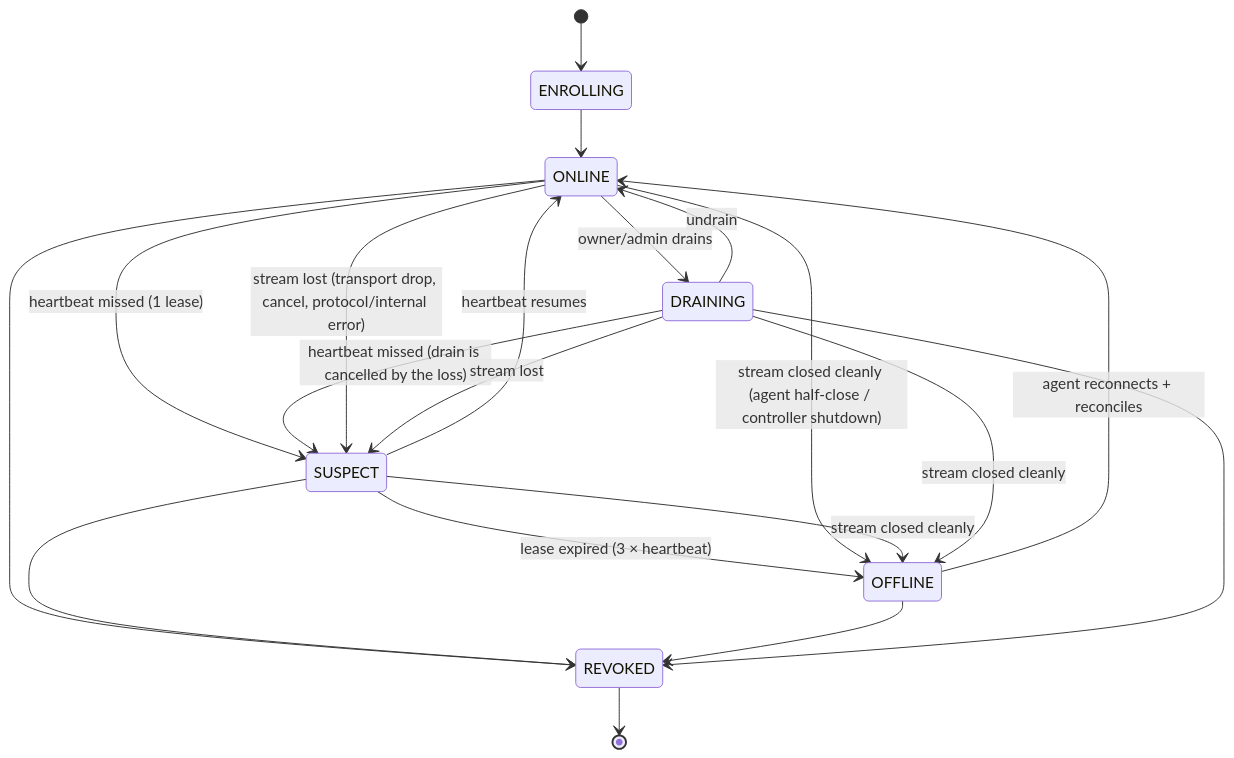
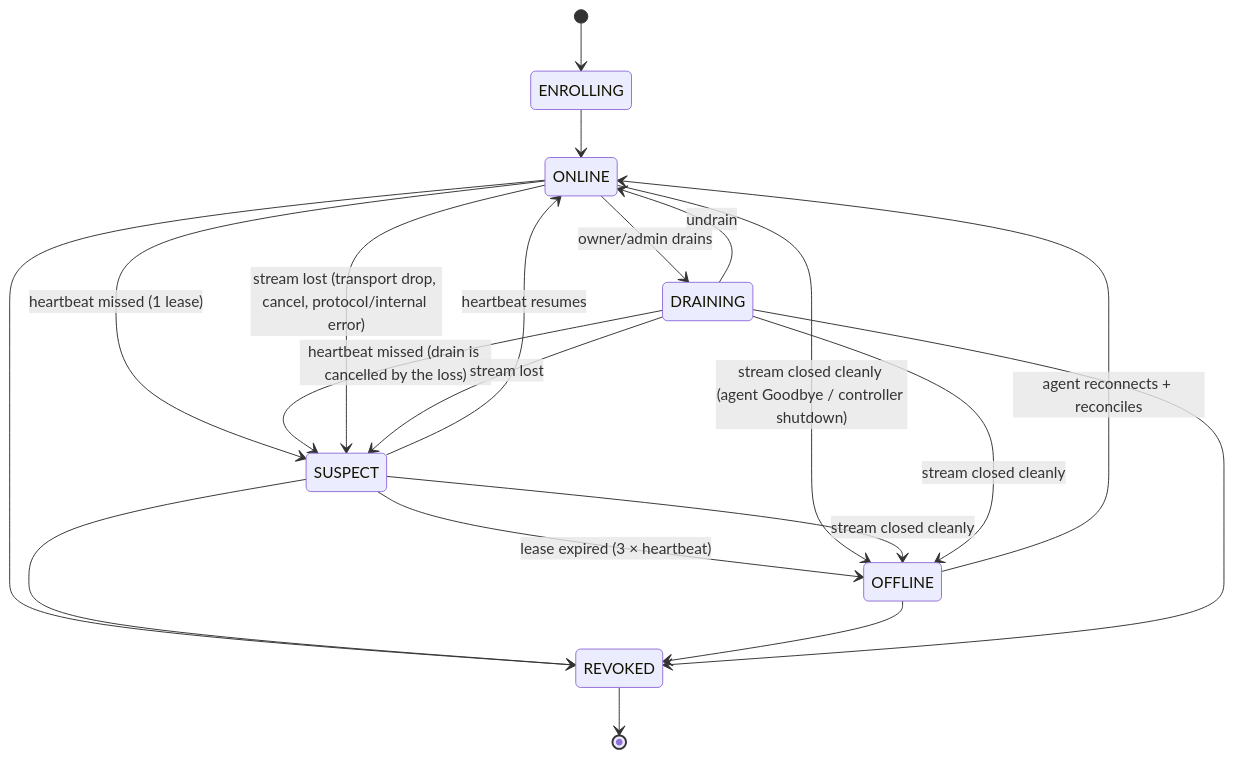
One commit to tony19053000/finalyear changed diagram 12 of 17 in docs/ARCHITECTURE.md. Above: the diagram before and after it, drawn with Mermaid. The commit also changed other lines of this file and 25 other files, not shown here.

````diff
--- a/docs/ARCHITECTURE.md
+++ b/docs/ARCHITECTURE.md
@@ -460,22 +460,22 @@
 ```mermaid
 stateDiagram-v2
     [*] --> ENROLLING
     ENROLLING --> ONLINE
     ONLINE --> SUSPECT: heartbeat missed (1 lease)
     SUSPECT --> ONLINE: heartbeat resumes
     SUSPECT --> OFFLINE: lease expired (3 × heartbeat)
     OFFLINE --> ONLINE: agent reconnects + reconciles
     ONLINE --> DRAINING: owner/admin drains
     DRAINING --> ONLINE: undrain
     DRAINING --> SUSPECT: heartbeat missed (drain is cancelled by the loss)
     ONLINE --> REVOKED
     SUSPECT --> REVOKED
     OFFLINE --> REVOKED
     DRAINING --> REVOKED
-    ONLINE --> OFFLINE: stream closed cleanly (agent half-close / controller shutdown)
+    ONLINE --> OFFLINE: stream closed cleanly (agent Goodbye / controller shutdown)
     SUSPECT --> OFFLINE: stream closed cleanly
     DRAINING --> OFFLINE: stream closed cleanly
     ONLINE --> SUSPECT: stream lost (transport drop, cancel, protocol/internal error)
     DRAINING --> SUSPECT: stream lost
     REVOKED --> [*]
 ```
````
